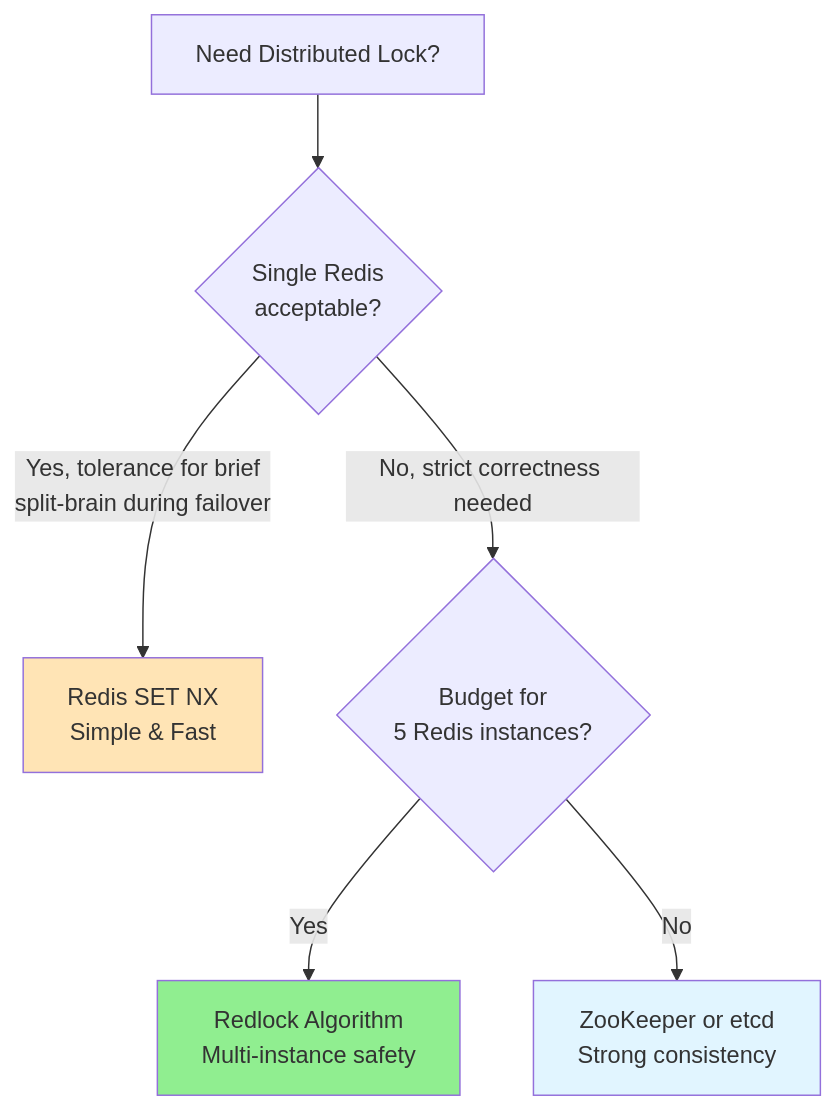
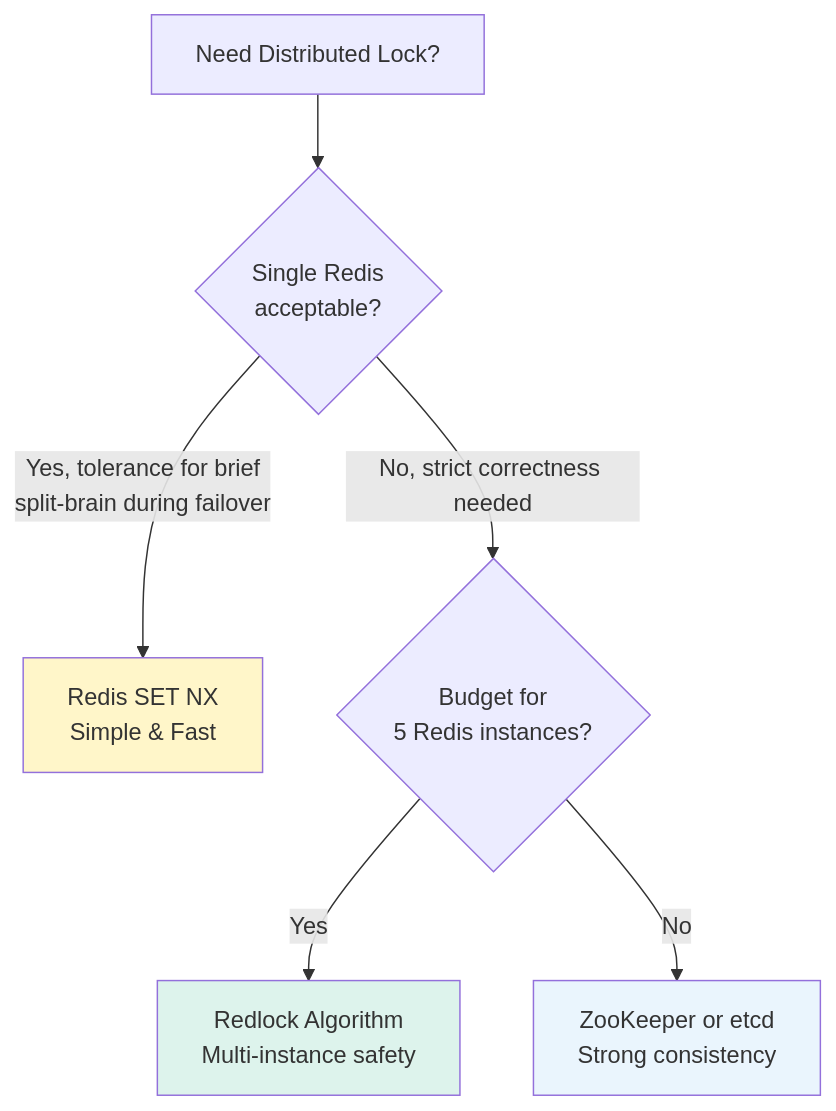
The sixth of 13 diagrams in LLD/CoreConcepts/DistributedLocking.md (cartmancodes/InterviewVault), drawn with Mermaid before and after one commit. The commit also changed other lines of this file and 679 other files, not shown here.

Commit message:
Unify content diagrams and add accessible visual walkthroughs

````diff
--- a/LLD/CoreConcepts/DistributedLocking.md
+++ b/LLD/CoreConcepts/DistributedLocking.md
@@ -304,16 +304,16 @@
 ```mermaid
 flowchart TB
     Q[Need Distributed Lock?]
 
     Q --> SIMPLE{Single Redis<br/>acceptable?}
 
     SIMPLE -->|Yes, tolerance for brief<br/>split-brain during failover| SINGLE[Redis SET NX<br/>Simple & Fast]
     SIMPLE -->|No, strict correctness needed| MULTIPLE{Budget for<br/>5 Redis instances?}
 
     MULTIPLE -->|Yes| REDLOCK[Redlock Algorithm<br/>Multi-instance safety]
     MULTIPLE -->|No| ZK[ZooKeeper or etcd<br/>Strong consistency]
 
-    style SINGLE fill:#FFE4B5
-    style REDLOCK fill:#90EE90
-    style ZK fill:#e1f5ff
+    style SINGLE fill:#FFF6C9
+    style REDLOCK fill:#DDF3EC
+    style ZK fill:#EAF5FD
 ```
````
